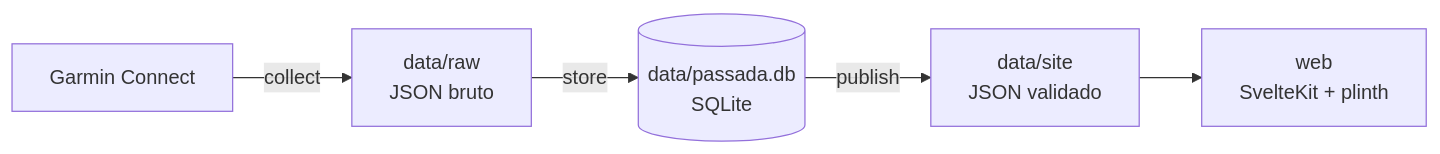
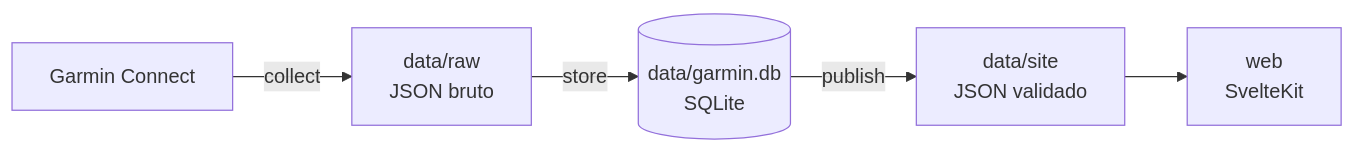
The diagram in README.md (viniaraujo68/garmin-insights), drawn with Mermaid before and after one commit. The commit also changed other lines of this file and 46 other files, not shown here.

````diff
--- a/README.md
+++ b/README.md
@@ -6,7 +70,7 @@
 ```mermaid
 flowchart LR
   G[Garmin Connect] -->|collect| R[data/raw<br/>JSON bruto]
-  R -->|store| D[(data/passada.db<br/>SQLite)]
+  R -->|store| D[(data/garmin.db<br/>SQLite)]
   D -->|publish| S[data/site<br/>JSON validado]
-  S --> W[web<br/>SvelteKit + plinth]
+  S --> W[web<br/>SvelteKit]
 ```
````
